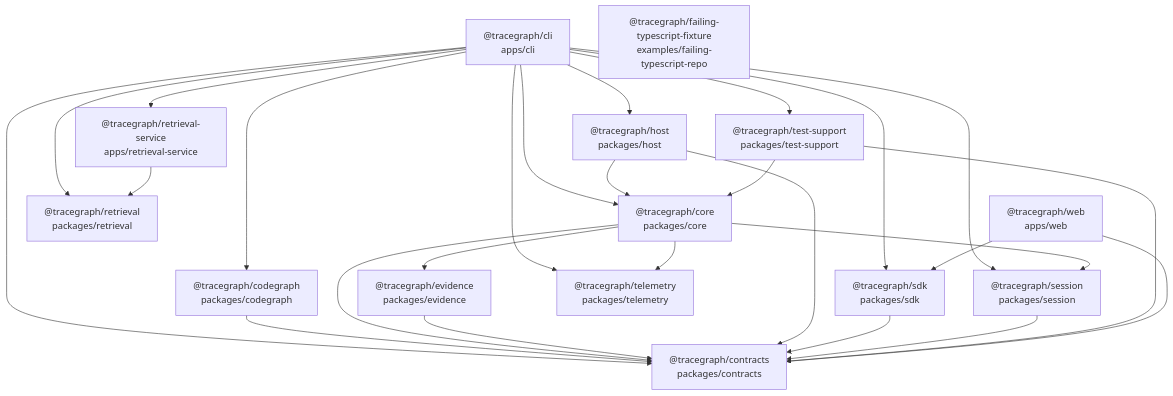
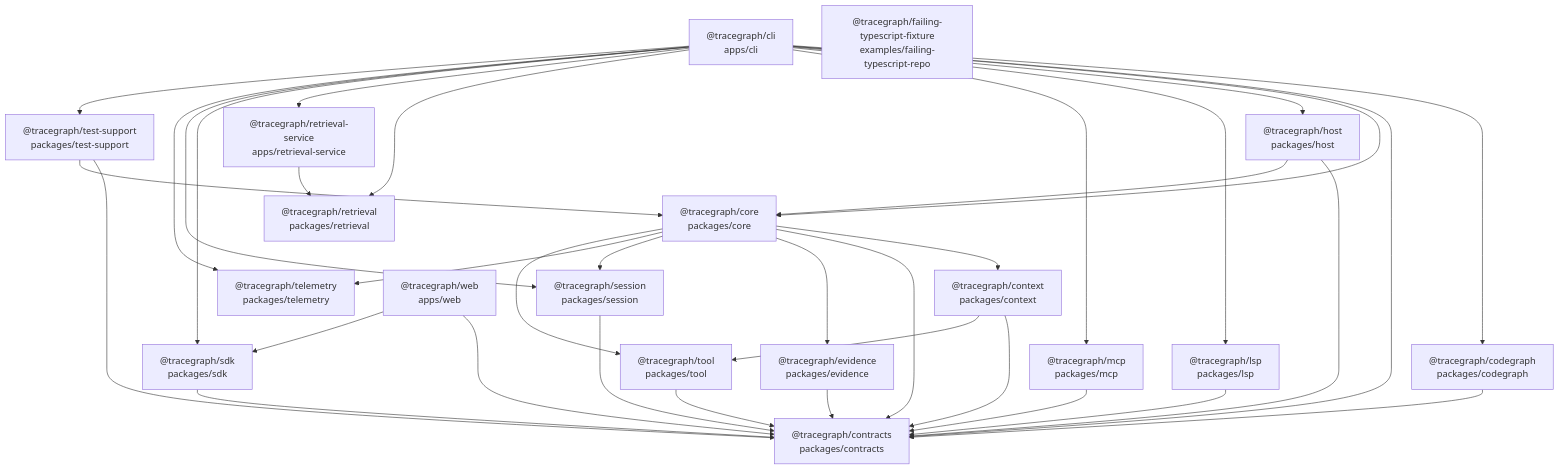
One commit to Cainheart/tracegraph-agent changed the first of 2 diagrams in docs/generated/module-graph.md. Above: the diagram before and after it, drawn with Mermaid. The commit also changed other lines of this file and 230 other files, not shown here.

First line of the commit message:
feat(packages): 升包 mcp/lsp/tool/context 并交付 Memory 六个任务

````diff
--- a/docs/generated/module-graph.md
+++ b/docs/generated/module-graph.md
@@ -9,42 +9,55 @@
 ```mermaid
 graph TD
   p__tracegraph_cli["@tracegraph/cli<br/>apps/cli"]
   p__tracegraph_codegraph["@tracegraph/codegraph<br/>packages/codegraph"]
+  p__tracegraph_context["@tracegraph/context<br/>packages/context"]
   p__tracegraph_contracts["@tracegraph/contracts<br/>packages/contracts"]
   p__tracegraph_core["@tracegraph/core<br/>packages/core"]
   p__tracegraph_evidence["@tracegraph/evidence<br/>packages/evidence"]
   p__tracegraph_failing_typescript_fixture["@tracegraph/failing-typescript-fixture<br/>examples/failing-typescript-repo"]
   p__tracegraph_host["@tracegraph/host<br/>packages/host"]
+  p__tracegraph_lsp["@tracegraph/lsp<br/>packages/lsp"]
+  p__tracegraph_mcp["@tracegraph/mcp<br/>packages/mcp"]
   p__tracegraph_retrieval["@tracegraph/retrieval<br/>packages/retrieval"]
   p__tracegraph_retrieval_service["@tracegraph/retrieval-service<br/>apps/retrieval-service"]
   p__tracegraph_sdk["@tracegraph/sdk<br/>packages/sdk"]
   p__tracegraph_session["@tracegraph/session<br/>packages/session"]
   p__tracegraph_telemetry["@tracegraph/telemetry<br/>packages/telemetry"]
   p__tracegraph_test_support["@tracegraph/test-support<br/>packages/test-support"]
+  p__tracegraph_tool["@tracegraph/tool<br/>packages/tool"]
   p__tracegraph_web["@tracegraph/web<br/>apps/web"]
   p__tracegraph_cli --> p__tracegraph_codegraph
   p__tracegraph_cli --> p__tracegraph_contracts
   p__tracegraph_cli --> p__tracegraph_core
   p__tracegraph_cli --> p__tracegraph_host
+  p__tracegraph_cli --> p__tracegraph_lsp
+  p__tracegraph_cli --> p__tracegraph_mcp
   p__tracegraph_cli --> p__tracegraph_retrieval
   p__tracegraph_cli --> p__tracegraph_retrieval_service
   p__tracegraph_cli --> p__tracegraph_sdk
   p__tracegraph_cli --> p__tracegraph_session
   p__tracegraph_cli --> p__tracegraph_telemetry
   p__tracegraph_cli --> p__tracegraph_test_support
   p__tracegraph_codegraph --> p__tracegraph_contracts
+  p__tracegraph_context --> p__tracegraph_contracts
+  p__tracegraph_context --> p__tracegraph_tool
+  p__tracegraph_core --> p__tracegraph_context
   p__tracegraph_core --> p__tracegraph_contracts
   p__tracegraph_core --> p__tracegraph_evidence
   p__tracegraph_core --> p__tracegraph_session
   p__tracegraph_core --> p__tracegraph_telemetry
+  p__tracegraph_core --> p__tracegraph_tool
   p__tracegraph_evidence --> p__tracegraph_contracts
   p__tracegraph_host --> p__tracegraph_contracts
   p__tracegraph_host --> p__tracegraph_core
+  p__tracegraph_lsp --> p__tracegraph_contracts
+  p__tracegraph_mcp --> p__tracegraph_contracts
   p__tracegraph_retrieval_service --> p__tracegraph_retrieval
   p__tracegraph_sdk --> p__tracegraph_contracts
   p__tracegraph_session --> p__tracegraph_contracts
   p__tracegraph_test_support --> p__tracegraph_contracts
   p__tracegraph_test_support --> p__tracegraph_core
+  p__tracegraph_tool --> p__tracegraph_contracts
   p__tracegraph_web --> p__tracegraph_contracts
   p__tracegraph_web --> p__tracegraph_sdk
 ```
````
